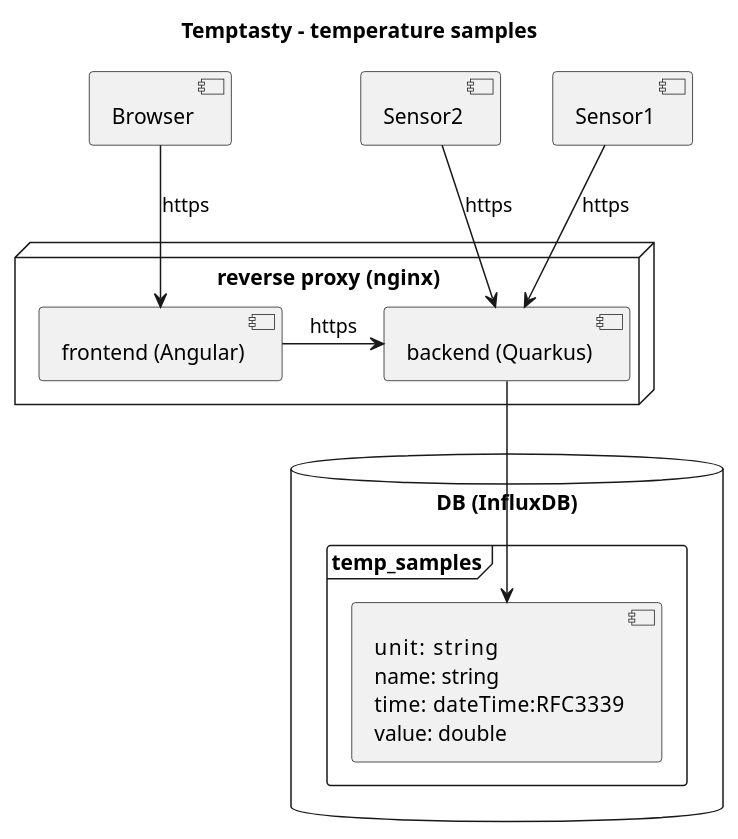
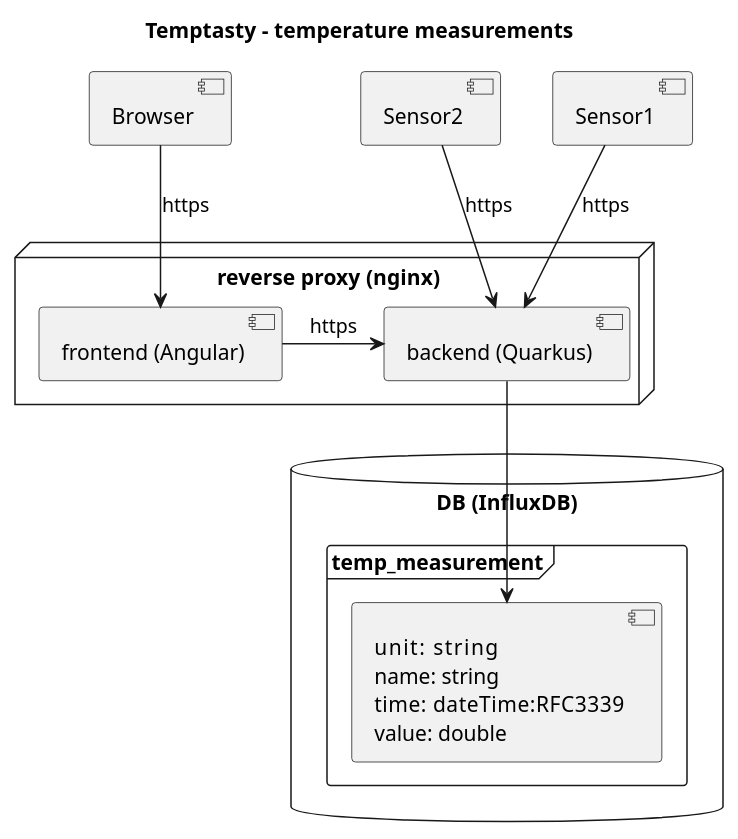
One commit to d0ms0n/Temptasty changed the diagram in components.iuml. Above: the diagram before and after it, drawn with PlantUML. The commit also changed 27 other files, not shown here.

```diff
--- a/components.iuml
+++ b/components.iuml
@@ -1,25 +1,25 @@
 @startuml
-title Temptasty - temperature samples
+title Temptasty - temperature measurements
 
   database "DB (InfluxDB)" {
-    frame "temp_samples" {
+    frame "temp_measurement" {
       component comp1 [
         unit:    string
         name: string
         time:   dateTime:RFC3339
         value: double
       ]
     }
   }
   node "reverse proxy (nginx)" {
     [backend (Quarkus)] as backend
     [frontend (Angular)] as frontend
     frontend -> backend : https
   }
 
   [Browser] --> frontend : https
   [backend] --> comp1
   [Sensor2] --> backend : https
   [Sensor1] --> backend : https
 
 @enduml
```
